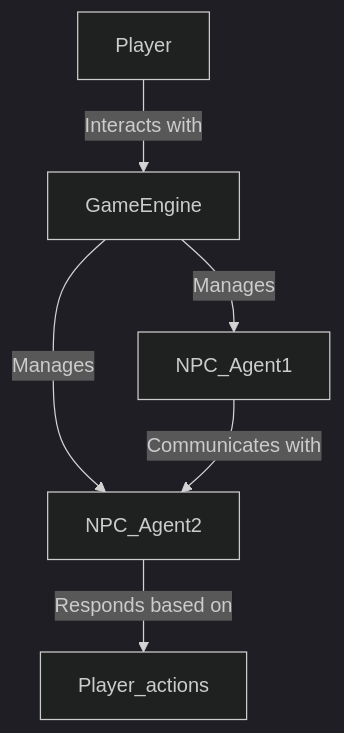
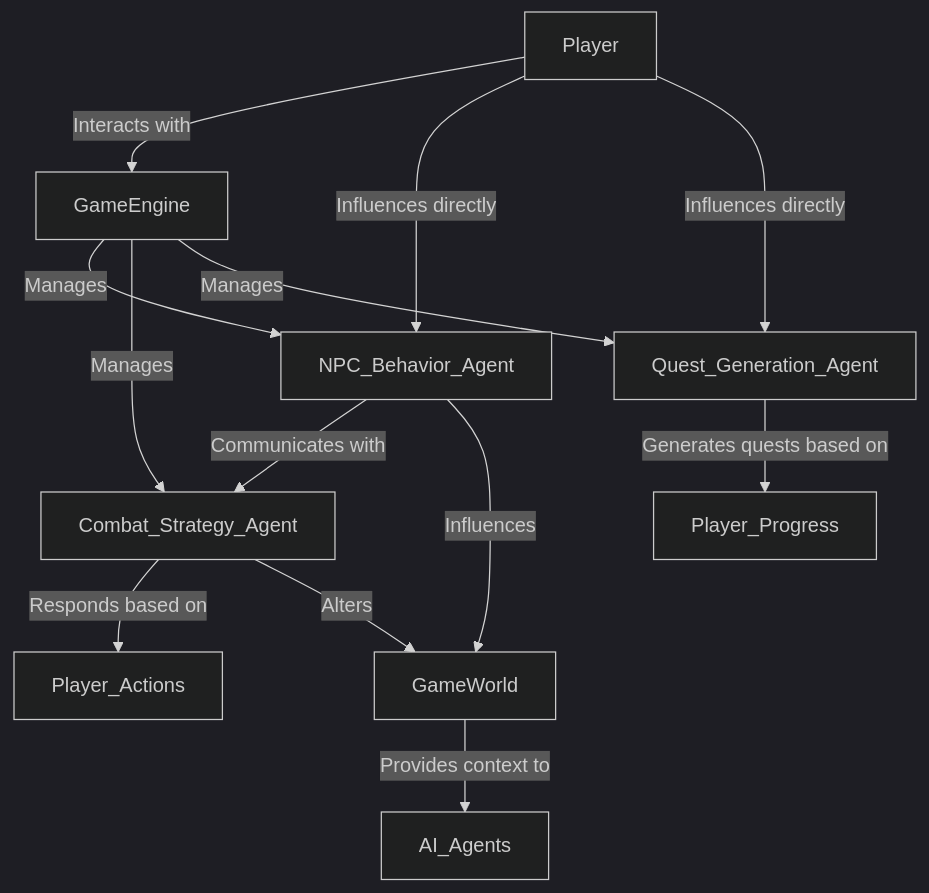
One commit to FrugalX/ai_agents_ebook_draft changed the fifth of 5 diagrams in Chapter 7 Practical Tutorials.md. Above: the diagram before and after it, drawn with Mermaid (dark theme). The commit also changed other lines of this file, not shown here.

````diff
--- a/Chapter 7 Practical Tutorials.md
+++ b/Chapter 7 Practical Tutorials.md
@@ -278,8 +284,15 @@
 ```mermaid
 graph TD
     Player -->|Interacts with| GameEngine
-    GameEngine -->|Manages| NPC_Agent1
-    GameEngine -->|Manages| NPC_Agent2
-    NPC_Agent1 -->|Communicates with| NPC_Agent2
-    NPC_Agent2 -->|Responds based on| Player_actions
+    GameEngine -->|Manages| NPC_Behavior_Agent
+    GameEngine -->|Manages| Combat_Strategy_Agent
+    GameEngine -->|Manages| Quest_Generation_Agent
+    NPC_Behavior_Agent -->|Communicates with| Combat_Strategy_Agent
+    Combat_Strategy_Agent -->|Responds based on| Player_Actions
+    Quest_Generation_Agent -->|Generates quests based on| Player_Progress
+    NPC_Behavior_Agent -->|Influences| GameWorld
+    Combat_Strategy_Agent -->|Alters| GameWorld
+    GameWorld -->|Provides context to| AI_Agents
+    Player -->|Influences directly| NPC_Behavior_Agent
+    Player -->|Influences directly| Quest_Generation_Agent
 ```
````
